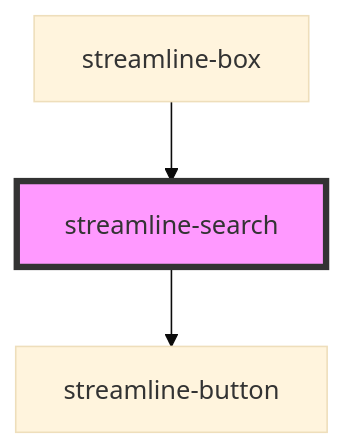
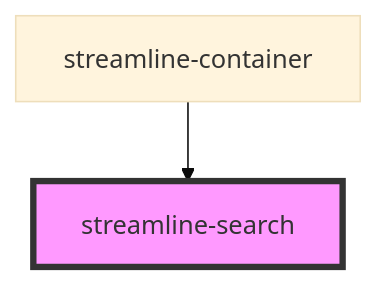
Before and after one commit to dnnsjsk/streamline: the diagram in stencil/src/components/streamline-search/readme.md, drawn with Mermaid (base theme). The commit also changed other lines of this file and 146 other files, not shown here.

````diff
--- a/stencil/src/components/streamline-search/readme.md
+++ b/stencil/src/components/streamline-search/readme.md
@@ -24,6 +20,5 @@
 ```mermaid
 graph TD;
-  streamline-search --> streamline-button
-  streamline-box --> streamline-search
+  streamline-container --> streamline-search
   style streamline-search fill:#f9f,stroke:#333,stroke-width:4px
 ```
````
